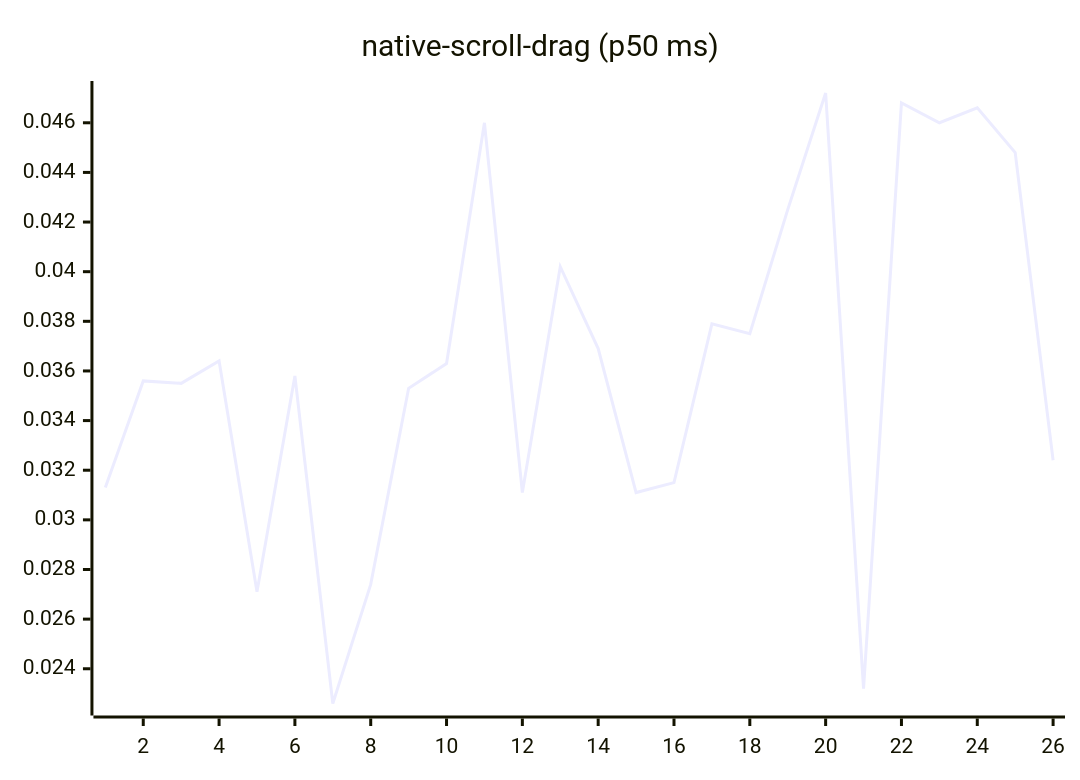
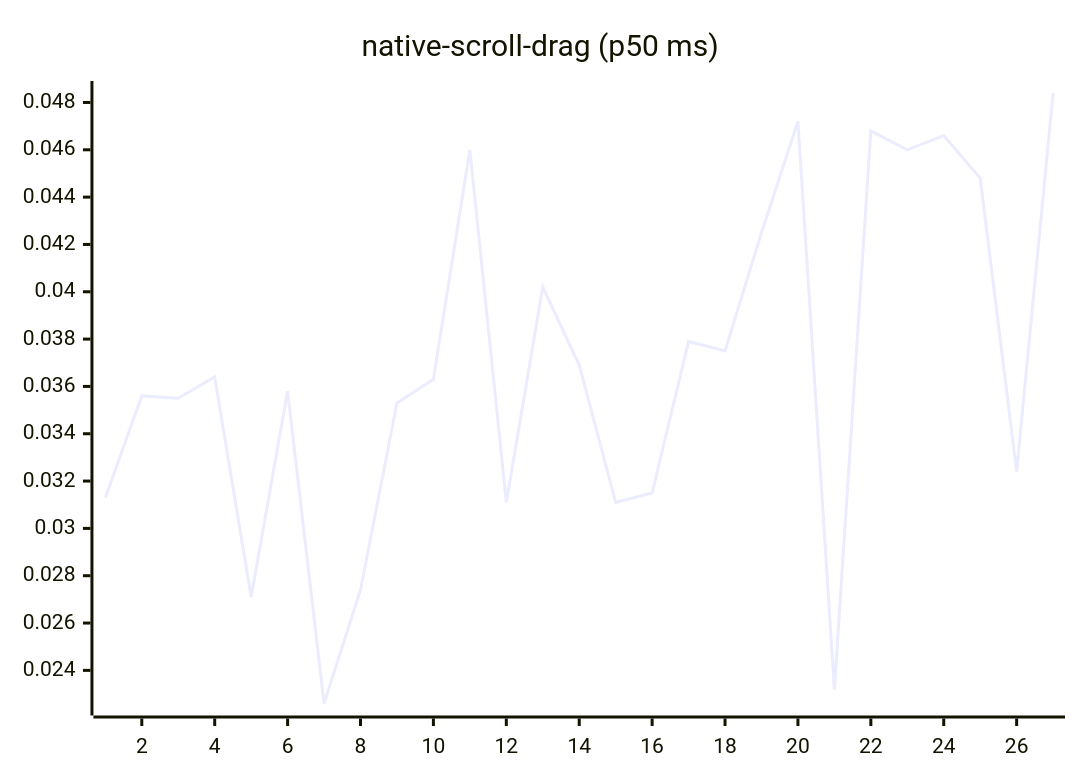
Before and after one commit to josha/Facet: diagram 14 of 27 in README.md, drawn with Mermaid. The commit also changed other lines of this file and 2 other files, not shown here.

````diff
--- a/README.md
+++ b/README.md
@@ -154,6 +154,6 @@
 ```mermaid
 xychart-beta
     title "native-scroll-drag (p50 ms)"
-    x-axis 1 --> 26
-    line [0.0313, 0.0356, 0.0355, 0.0364, 0.0271, 0.0358, 0.0226, 0.0274, 0.0353, 0.0363, 0.0460, 0.0311, 0.0402, 0.0369, 0.0311, 0.0315, 0.0379, 0.0375, 0.0425, 0.0472, 0.0232, 0.0468, 0.0460, 0.0466, 0.0448, 0.0324]
+    x-axis 1 --> 27
+    line [0.0313, 0.0356, 0.0355, 0.0364, 0.0271, 0.0358, 0.0226, 0.0274, 0.0353, 0.0363, 0.0460, 0.0311, 0.0402, 0.0369, 0.0311, 0.0315, 0.0379, 0.0375, 0.0425, 0.0472, 0.0232, 0.0468, 0.0460, 0.0466, 0.0448, 0.0324, 0.0484]
 ```
````
